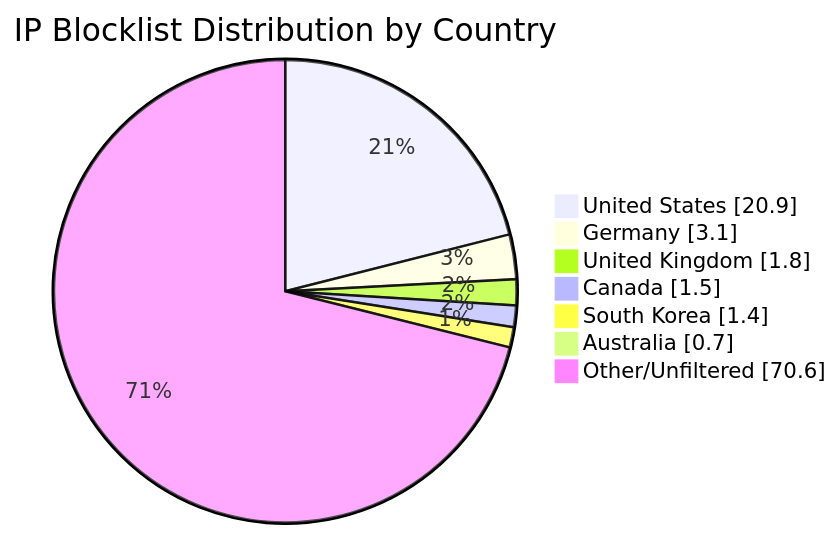
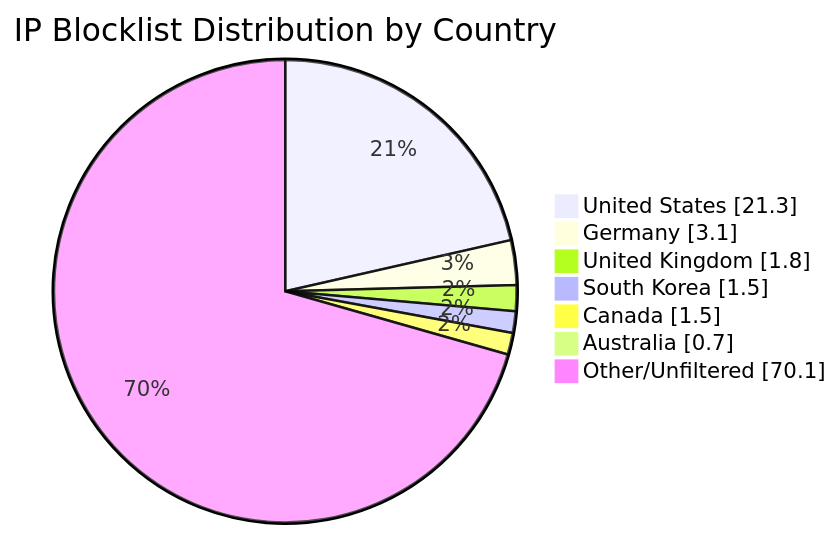
One commit to MarcusHoltz/ipblocklist-geofiltered-aggregator changed the diagram in README.md. Above: the diagram before and after it, drawn with Mermaid. The commit also changed other lines of this file and 9 other files, not shown here.

````diff
--- a/README.md
+++ b/README.md
@@ -34,10 +34,10 @@
 ```mermaid
 pie showData title IP Blocklist Distribution by Country
-"United States" : 20.9
+"United States" : 21.3
 "Germany" : 3.1
 "United Kingdom" : 1.8
+"South Korea" : 1.5
 "Canada" : 1.5
-"South Korea" : 1.4
 "Australia" : 0.7
-"Other/Unfiltered" : 70.6
+"Other/Unfiltered" : 70.1
 ```
````
